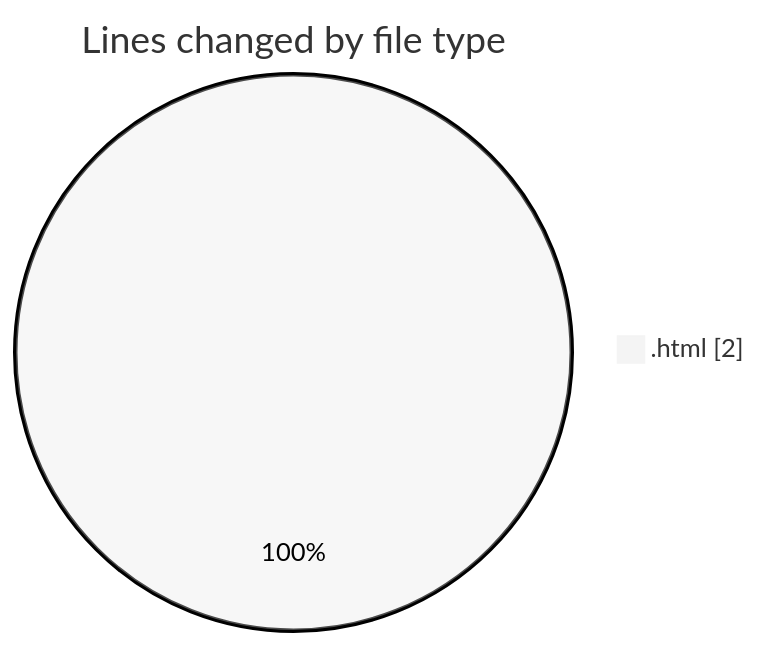
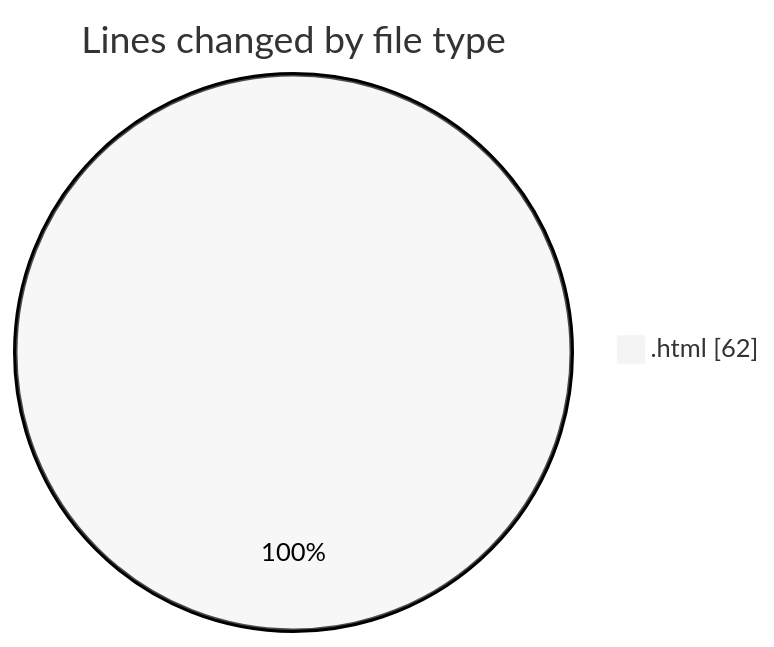
One commit to hasnaa123/code-tracking changed the first of 2 diagrams in 2025-12-23/technologie_web/README.md. Above: the diagram before and after it, drawn with Mermaid (neutral theme). The commit also changed other lines of this file and 1 other file, not shown here.

````diff
--- a/2025-12-23/technologie_web/README.md
+++ b/2025-12-23/technologie_web/README.md
@@ -20,5 +20,5 @@
 ```mermaid
 pie showData
 title Lines changed by file type
-".html" : 2
+".html" : 62
 ```
````
